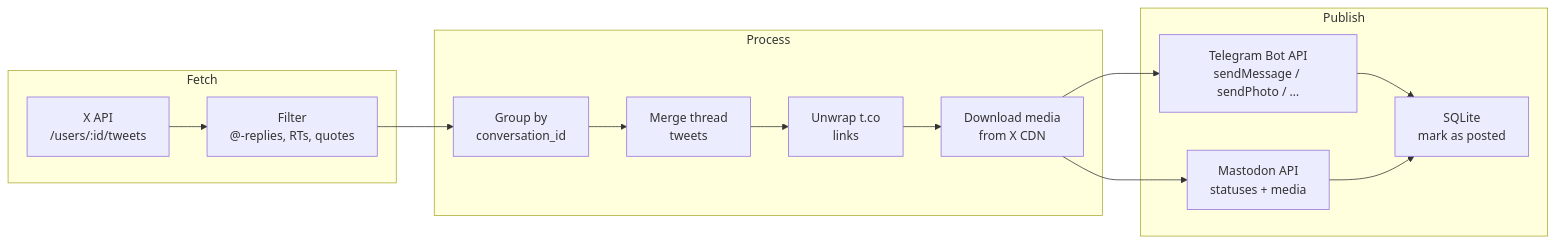
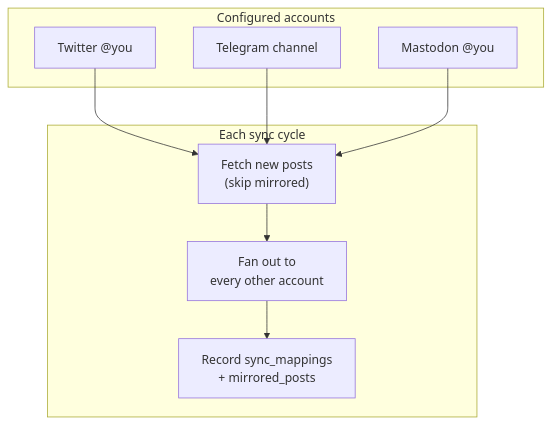
One commit to vas3k/be-everywhere-bot changed the diagram in README.md. Above: the diagram before and after it, drawn with Mermaid. The commit also changed other lines of this file and 20 other files, not shown here.

````diff
--- a/README.md
+++ b/README.md
@@ -162,23 +99,19 @@
 ```mermaid
-flowchart LR
-    subgraph fetch [Fetch]
-        X["X API\n/users/:id/tweets"]
-        Filter["Filter\n@-replies, RTs, quotes"]
+flowchart TB
+    subgraph accounts [Configured accounts]
+        TW["Twitter @you"]
+        TG["Telegram channel"]
+        M["Mastodon @you"]
     end
 
-    subgraph process [Process]
-        Group["Group by\nconversation_id"]
-        Thread["Merge thread\ntweets"]
-        URLs["Unwrap t.co\nlinks"]
-        Media["Download media\nfrom X CDN"]
+    subgraph sync [Each sync cycle]
+        Fetch["Fetch new posts\n(skip mirrored)"]
+        Fan["Fan out to\nevery other account"]
+        Map["Record sync_mappings\n+ mirrored_posts"]
     end
 
-    subgraph publish [Publish]
-        TG["Telegram Bot API\nsendMessage / sendPhoto / …"]
-        M["Mastodon API\nstatuses + media"]
-        DB["SQLite\nmark as posted"]
-    end
-
-    X --> Filter --> Group --> Thread --> URLs --> Media --> TG --> DB
-    Media --> M --> DB
+    TW --> Fetch
+    TG --> Fetch
+    M --> Fetch
+    Fetch --> Fan --> Map
 ```
````
